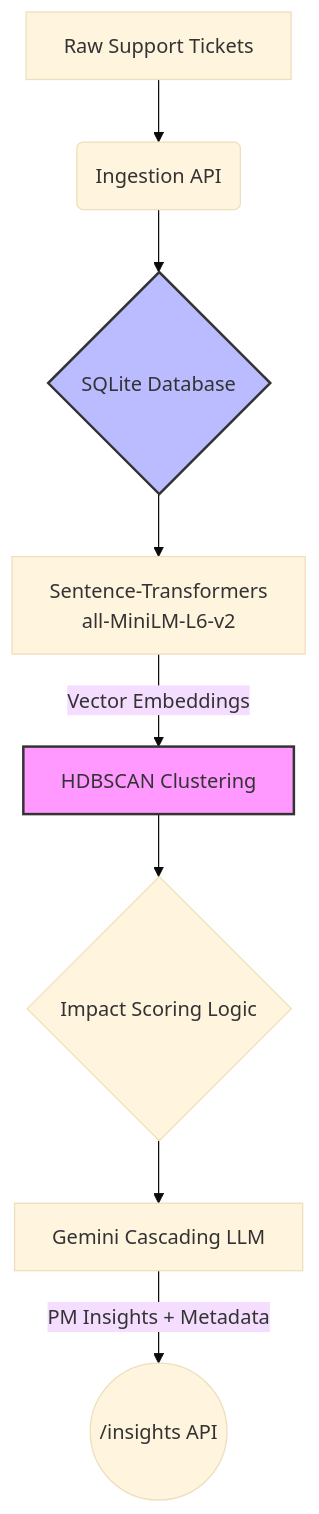
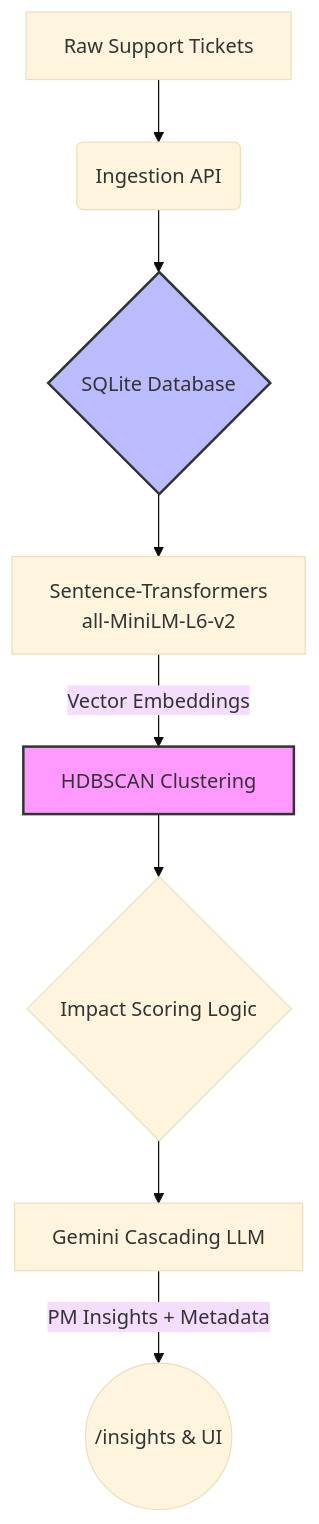
Before and after one commit to PixelCode01/emerging-issue-detector: the diagram in REASONING.md, drawn with Mermaid (base theme). The commit also changed other lines of this file, not shown here.

````diff
--- a/REASONING.md
+++ b/REASONING.md
@@ -9,13 +9,13 @@
 ```mermaid
 flowchart TD
     A[Raw Support Tickets] --> B(Ingestion API)
     B --> C{SQLite Database}
     C --> D[Sentence-Transformers\nall-MiniLM-L6-v2]
     D -->|Vector Embeddings| E[HDBSCAN Clustering]
     E --> F{Impact Scoring Logic}
     F --> H[Gemini Cascading LLM]
-    H -->|PM Insights + Metadata| G((/insights API))
+    H -->|PM Insights + Metadata| G((/insights & UI))
     
     style E fill:#f9f,stroke:#333,stroke-width:2px
     style C fill:#bbf,stroke:#333,stroke-width:2px
 ```
````
